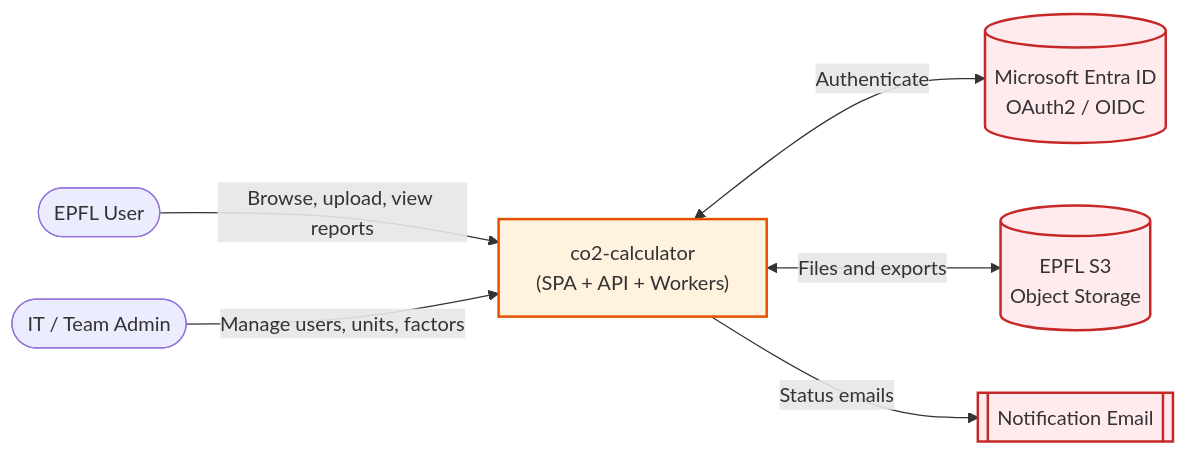
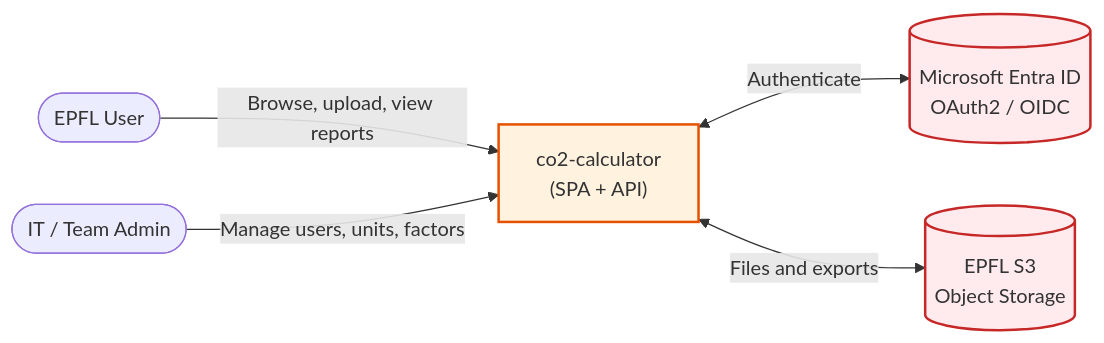
Before and after one commit to EPFL-ENAC/co2-calculator: the first of 3 diagrams in docs/src/architecture/02-system-overview.md, drawn with Mermaid. The commit also changed other lines of this file, not shown here.

First line of the commit message:
docs(#860): C1 address copilot review — drop fictional Celery/Redis/email/JWT/presigned-URL claims

````diff
--- a/docs/src/architecture/02-system-overview.md
+++ b/docs/src/architecture/02-system-overview.md
@@ -26,20 +26,18 @@
 ```mermaid
 flowchart LR
     User([EPFL User])
     Admin([IT / Team Admin])
-    System["co2-calculator<br/>(SPA + API + Workers)"]
+    System["co2-calculator<br/>(SPA + API)"]
     Entra[(Microsoft Entra ID<br/>OAuth2 / OIDC)]
     S3[(EPFL S3<br/>Object Storage)]
-    Mail[[Notification Email]]
 
     User -->|Browse, upload, view reports| System
     Admin -->|Manage users, units, factors| System
     System <-->|Authenticate| Entra
     System <-->|Files and exports| S3
-    System -->|Status emails| Mail
 
     classDef system fill:#fff3e0,stroke:#e65100,stroke-width:2px
     classDef ext fill:#ffebee,stroke:#c62828,stroke-width:2px
     class System system
-    class Entra,S3,Mail ext
+    class Entra,S3 ext
 ```
````
